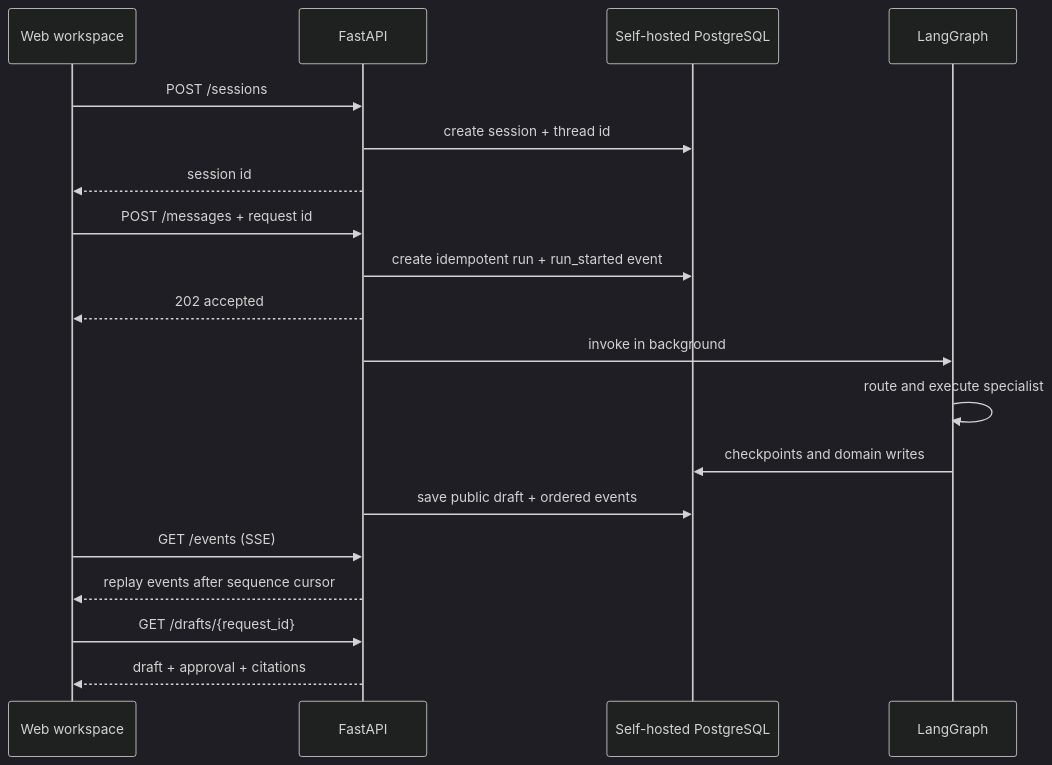
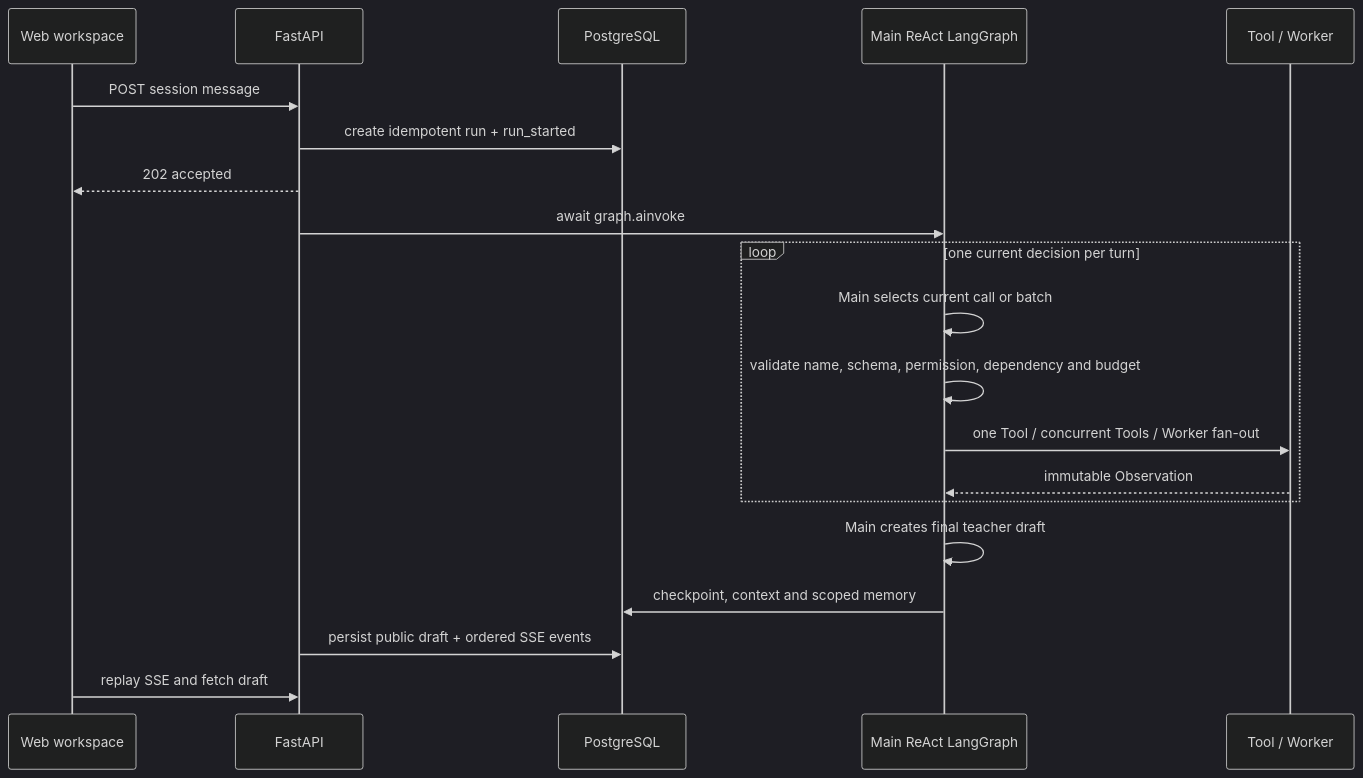
Before and after one commit to MengC-OvO/easy-teaching: the diagram in docs/architecture.md, drawn with Mermaid (dark theme). The commit also changed other lines of this file and 141 other files, not shown here.

````diff
--- a/docs/architecture.md
+++ b/docs/architecture.md
@@ -8,22 +8,23 @@
 ```mermaid
 sequenceDiagram
     participant UI as Web workspace
     participant API as FastAPI
-    participant DB as Self-hosted PostgreSQL
-    participant G as LangGraph
+    participant DB as PostgreSQL
+    participant G as Main ReAct LangGraph
+    participant C as Tool / Worker
 
-    UI->>API: POST /sessions
-    API->>DB: create session + thread id
-    API-->>UI: session id
-    UI->>API: POST /messages + request id
-    API->>DB: create idempotent run + run_started event
+    UI->>API: POST session message
+    API->>DB: create idempotent run + run_started
     API-->>UI: 202 accepted
-    API->>G: invoke in background
-    G->>G: route and execute specialist
-    G->>DB: checkpoints and domain writes
-    API->>DB: save public draft + ordered events
-    UI->>API: GET /events (SSE)
-    API-->>UI: replay events after sequence cursor
-    UI->>API: GET /drafts/{request_id}
-    API-->>UI: draft + approval + citations
+    API->>G: await graph.ainvoke
+    loop one current decision per turn
+        G->>G: Main selects current call or batch
+        G->>G: validate name, schema, permission, dependency and budget
+        G->>C: one Tool / concurrent Tools / Worker fan-out
+        C-->>G: immutable Observation
+    end
+    G->>G: Main creates final teacher draft
+    G->>DB: checkpoint, context and scoped memory
+    API->>DB: persist public draft + ordered SSE events
+    UI->>API: replay SSE and fetch draft
 ```
````
